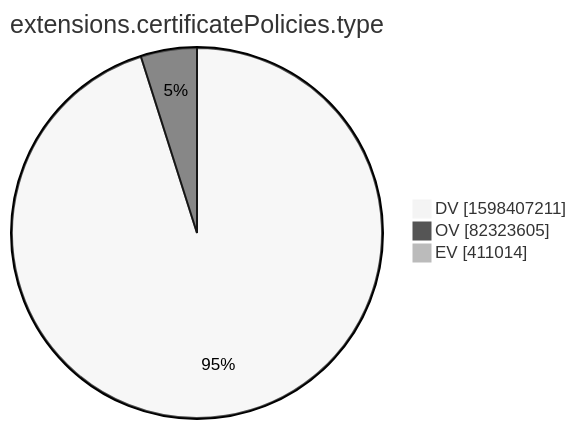
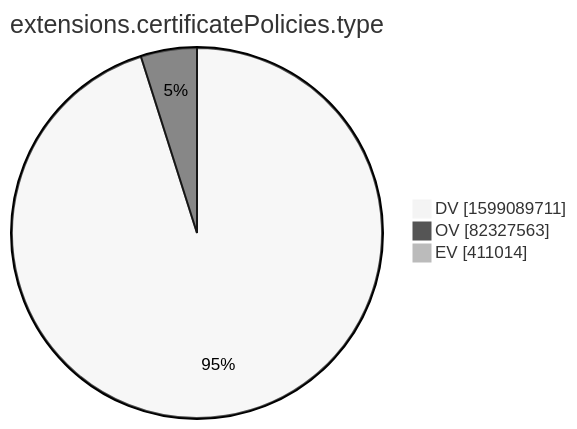
The tenth of 15 diagrams in xenon2022/README.md (christiankrug/ctmonitor_visualization), drawn with Mermaid (neutral theme) before and after one commit. The commit also changed other lines of this file, not shown here.

````diff
--- a/xenon2022/README.md
+++ b/xenon2022/README.md
@@ -2878,7 +2878,7 @@
 ```mermaid
 pie showData
 title extensions.certificatePolicies.type
-"DV" :1598407211
-"OV" :82323605
+"DV" :1599089711
+"OV" :82327563
 "EV" :411014
 ```
````
